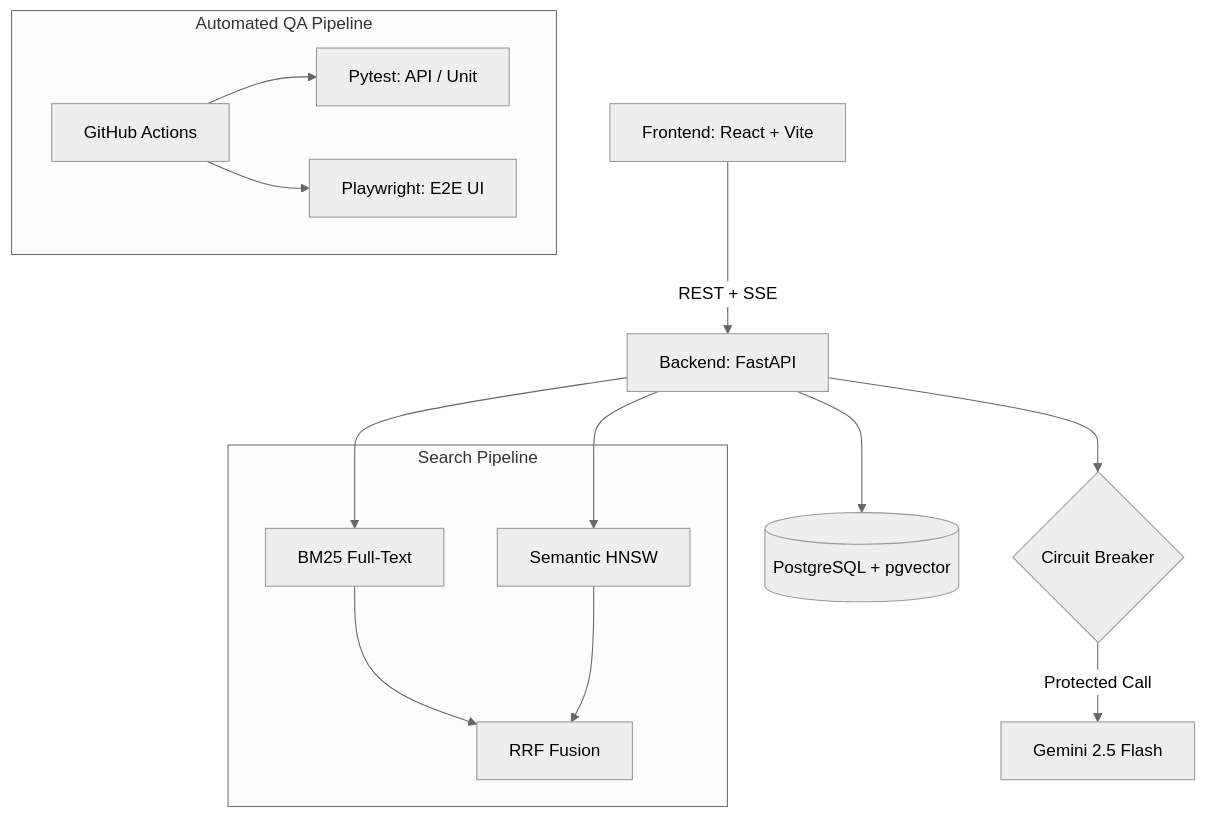
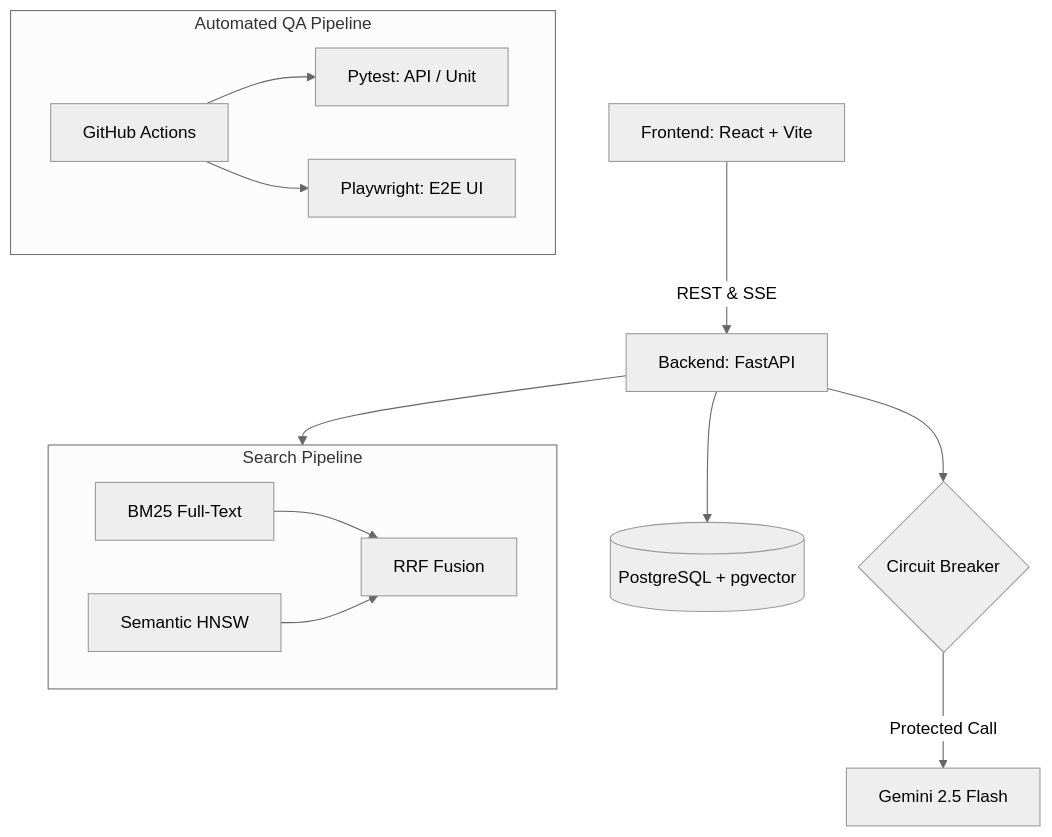
The diagram in README.md (minhtoanvu/VN-Legal-Platform), drawn with Mermaid (neutral theme) before and after one commit.

Commit message:
revert: restore Mermaid diagram to original version

````diff
--- a/README.md
+++ b/README.md
@@ -56,19 +56,18 @@
 ```mermaid
 graph TD
-    UI["Frontend: React + Vite"] -->|REST + SSE| API["Backend: FastAPI"]
-    API --> DB[("PostgreSQL + pgvector")]
-    API --> CB{"Circuit Breaker"}
-    CB -->|Protected Call| LLM["Gemini 2.5 Flash"]
-    API --> BM25
-    API --> SEM
+    UI[Frontend: React + Vite] -->|REST & SSE| API[Backend: FastAPI]
+    API --> DB[(PostgreSQL + pgvector)]
+    API --> CB{Circuit Breaker}
+    CB -->|Protected Call| LLM[Gemini 2.5 Flash]
 
-    subgraph SearchPipeline ["Search Pipeline"]
-        BM25["BM25 Full-Text"] --> RRF["RRF Fusion"]
-        SEM["Semantic HNSW"] --> RRF
+    subgraph SearchPipeline [Search Pipeline]
+        BM25[BM25 Full-Text] --> RRF[RRF Fusion]
+        SEM[Semantic HNSW] --> RRF
     end
+    API --> SearchPipeline
 
-    subgraph QAOps ["Automated QA Pipeline"]
-        GH["GitHub Actions"] --> Pytest["Pytest: API / Unit"]
-        GH --> PL["Playwright: E2E UI"]
+    subgraph QAOps [Automated QA Pipeline]
+        GH[GitHub Actions] --> Pytest[Pytest: API / Unit]
+        GH --> PL[Playwright: E2E UI]
     end
 ```
````
